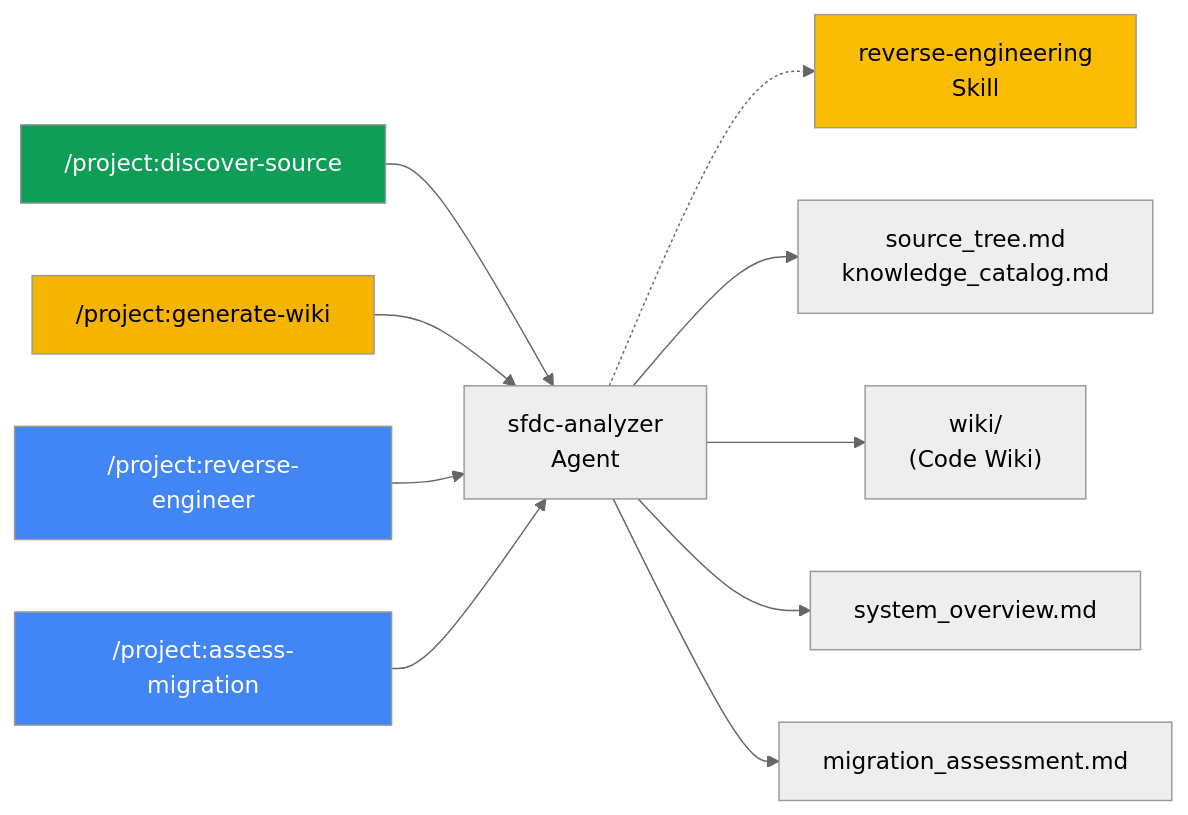
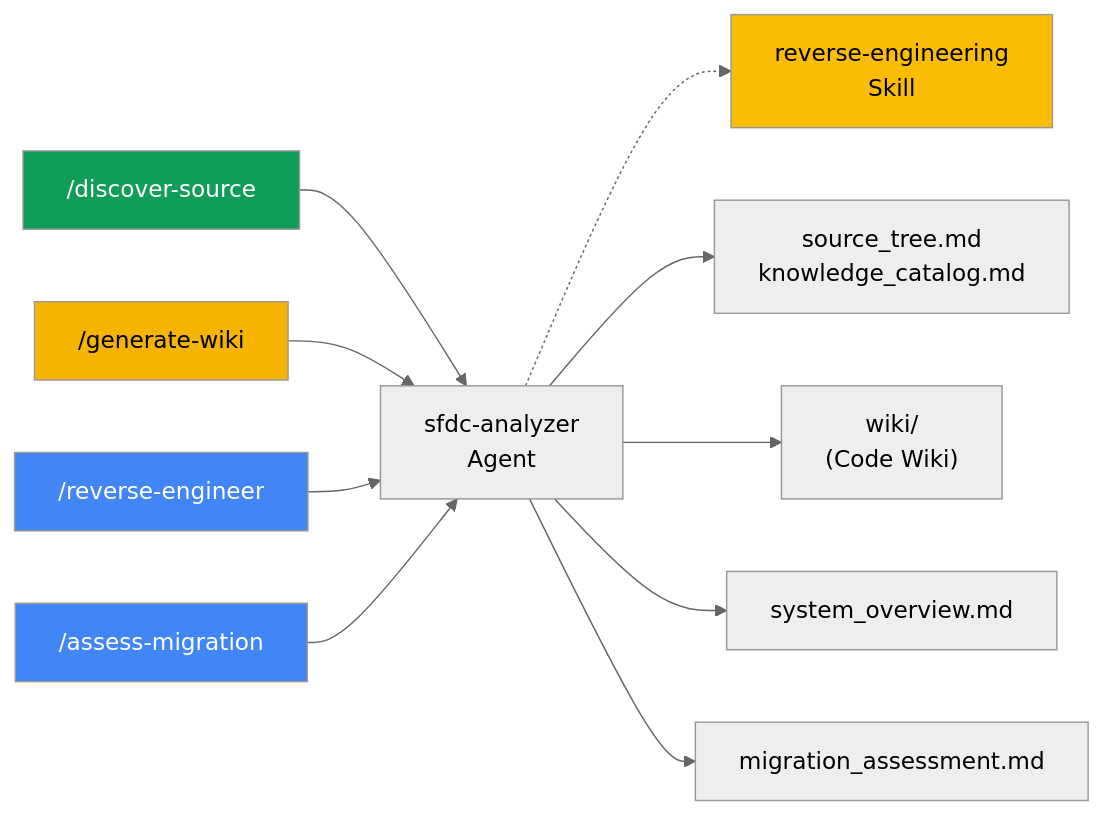
One commit to tyorikan/migration-with-ai changed the second of 5 diagrams in workshop-real/examples/HANDSON.md. Above: the diagram before and after it, drawn with Mermaid (neutral theme). The commit also changed other lines of this file and 5 other files, not shown here.

````diff
--- a/workshop-real/examples/HANDSON.md
+++ b/workshop-real/examples/HANDSON.md
@@ -144,20 +144,20 @@
 ```mermaid
 flowchart LR
-    CMD0["/project:discover-source"] --> AGT["sfdc-analyzer<br/>Agent"]
-    CMD1["/project:generate-wiki"] --> AGT
-    CMD2["/project:reverse-engineer"] --> AGT
+    CMD0["/discover-source"] --> AGT["sfdc-analyzer<br/>Agent"]
+    CMD1["/generate-wiki"] --> AGT
+    CMD2["/reverse-engineer"] --> AGT
     AGT -.-> SKL["reverse-engineering<br/>Skill"]
 
     AGT --> OUT0["source_tree.md<br/>knowledge_catalog.md"]
     AGT --> OUT1["wiki/<br/>(Code Wiki)"]
     AGT --> OUT2["system_overview.md"]
 
-    CMD3["/project:assess-migration"] --> AGT
+    CMD3["/assess-migration"] --> AGT
     AGT --> OUT3["migration_assessment.md"]
 
     style CMD0 fill:#0F9D58,color:#fff
     style CMD1 fill:#F4B400,color:#000
     style CMD2 fill:#4285F4,color:#fff
     style CMD3 fill:#4285F4,color:#fff
     style SKL fill:#FBBC04,color:#000
 ```
````
